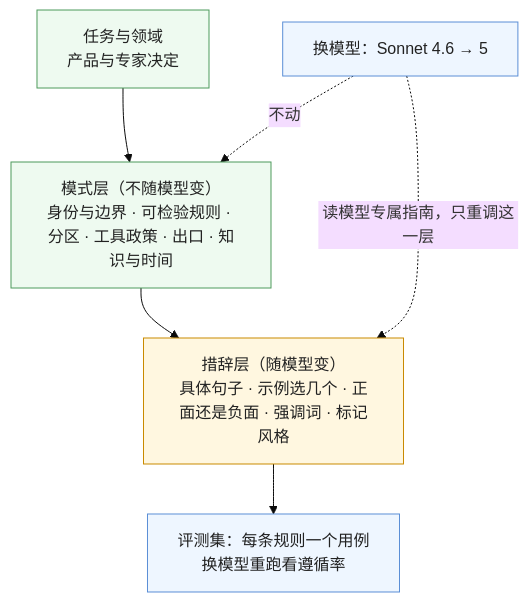
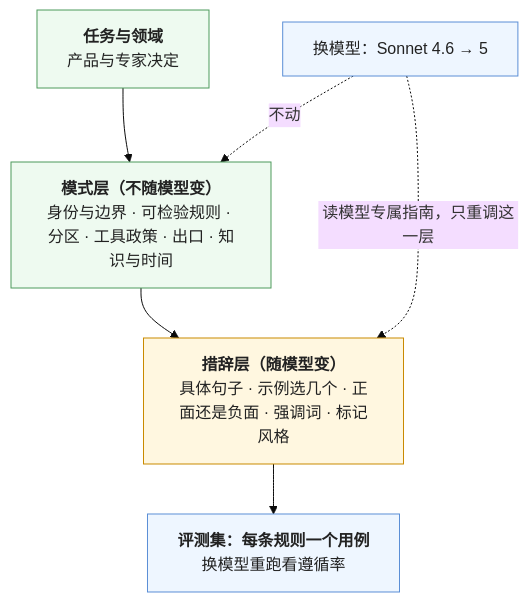
Before and after one commit to arganzheng/arganzheng.github.com: the first of 5 diagrams in _posts/2026-10-07-prompt-design-patterns-vs-wording.md, drawn with Mermaid (base theme). The commit also changed other lines of this file and 6 other files, not shown here.

First line of the commit message:
Prompt 与上下文工程：模型这一步该看到什么：Mermaid 多行方框的首行标为标题（7 篇）

````diff
--- a/_posts/2026-10-07-prompt-design-patterns-vs-wording.md
+++ b/_posts/2026-10-07-prompt-design-patterns-vs-wording.md
@@ -34,15 +34,15 @@
 ```mermaid
 %% 图：换模型时该动什么——模式层（六个部分的结构、可检验的规则、出口）来自任务本身，模型换了也不动；措辞层（具体句子、示例数量、要不要写「一步步想」）按新模型的 prompting 指南和评测集重调；两层用评测集连接
 flowchart TB
-    TASK["任务与领域<br/>产品与专家决定"] --> PAT["模式层（不随模型变）<br/>身份与边界 · 可检验规则 · 分区 · 工具政策 · 出口 · 知识与时间"]
-    PAT --> WORD["措辞层（随模型变）<br/>具体句子 · 示例选几个 · 正面还是负面 · 强调词 · 标记风格"]
-    WORD --> EVAL["评测集：每条规则一个用例<br/>换模型重跑看遵循率"]
+    TASK["<b>任务与领域</b><br/>产品与专家决定"] --> PAT["<b>模式层（不随模型变）</b><br/>身份与边界 · 可检验规则 · 分区 · 工具政策 · 出口 · 知识与时间"]
+    PAT --> WORD["<b>措辞层（随模型变）</b><br/>具体句子 · 示例选几个 · 正面还是负面 · 强调词 · 标记风格"]
+    WORD --> EVAL["<b>评测集：每条规则一个用例</b><br/>换模型重跑看遵循率"]
     NEW["换模型：Sonnet 4.6 → 5"] -.->|"读模型专属指南，只重调这一层"| WORD
     NEW -.->|"不动"| PAT
     classDef stable fill:#eefaf0,stroke:#4d9a5c,color:#222
     classDef var fill:#fff7e0,stroke:#c98a00,color:#222
     classDef n fill:#eef6ff,stroke:#5b8fd6,color:#222
     class TASK,PAT stable
     class WORD var
     class EVAL,NEW n
 ```
````
